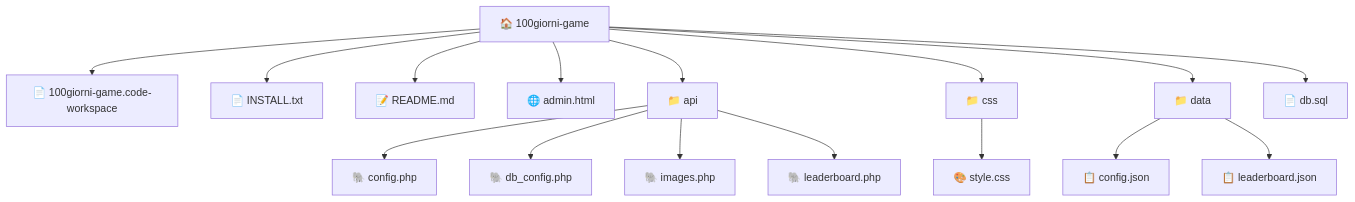
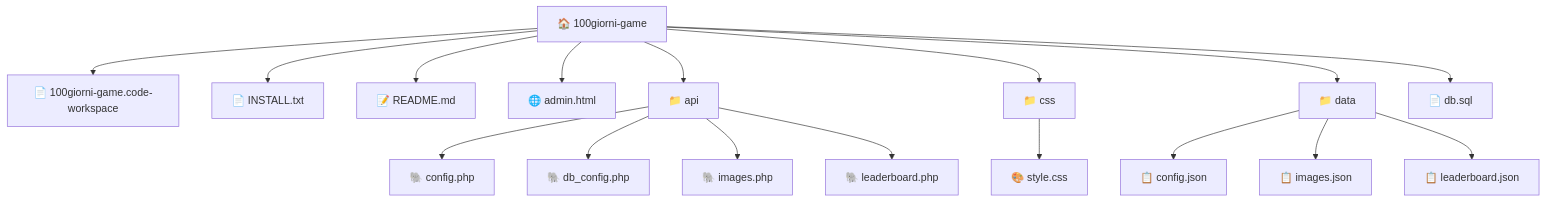
One commit to Ronfo2013/cda-game changed the diagram in .github/copilot-instructions.md. Above: the diagram before and after it, drawn with Mermaid. The commit also changed other lines of this file and 4 other files, not shown here.

````diff
--- a/.github/copilot-instructions.md
+++ b/.github/copilot-instructions.md
@@ -39,19 +40,20 @@
 ```mermaid
 graph TD
     100giorni_game[🏠 100giorni-game]
     100giorni_game --> 100giorni_game_100giorni_game_code_workspace[📄 100giorni-game.code-workspace]
     100giorni_game --> 100giorni_game_INSTALL_txt[📄 INSTALL.txt]
     100giorni_game --> 100giorni_game_README_md[📝 README.md]
     100giorni_game --> 100giorni_game_admin_html[🌐 admin.html]
     100giorni_game --> 100giorni_game_api[📁 api]
     100giorni_game_api --> 100giorni_game_api_config_php[🐘 config.php]
     100giorni_game_api --> 100giorni_game_api_db_config_php[🐘 db_config.php]
     100giorni_game_api --> 100giorni_game_api_images_php[🐘 images.php]
     100giorni_game_api --> 100giorni_game_api_leaderboard_php[🐘 leaderboard.php]
     100giorni_game --> 100giorni_game_css[📁 css]
     100giorni_game_css --> 100giorni_game_css_style_css[🎨 style.css]
     100giorni_game --> 100giorni_game_data[📁 data]
     100giorni_game_data --> 100giorni_game_data_config_json[📋 config.json]
+    100giorni_game_data --> 100giorni_game_data_images_json[📋 images.json]
     100giorni_game_data --> 100giorni_game_data_leaderboard_json[📋 leaderboard.json]
     100giorni_game --> 100giorni_game_db_sql[📄 db.sql]
 ```
````
